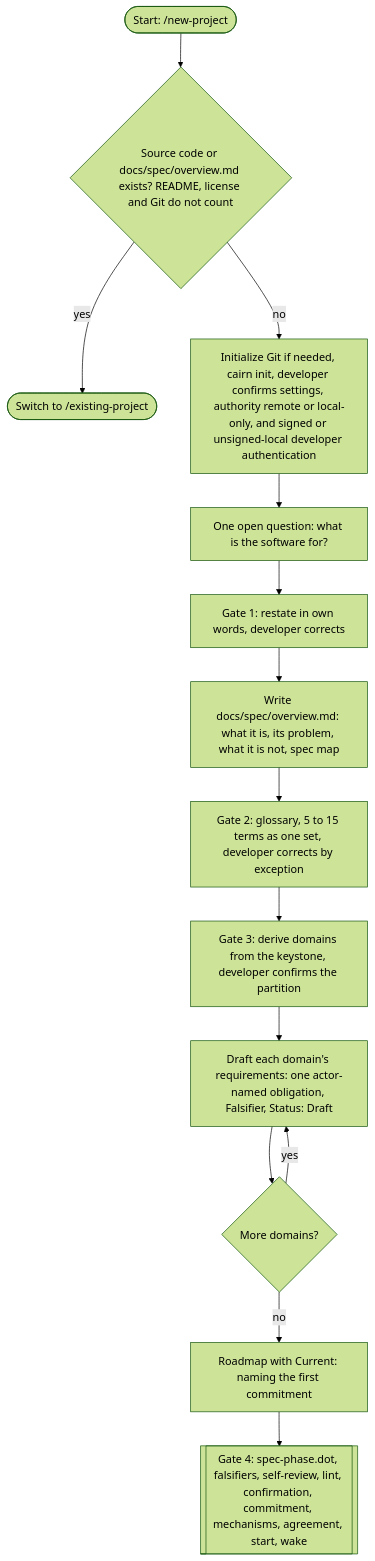
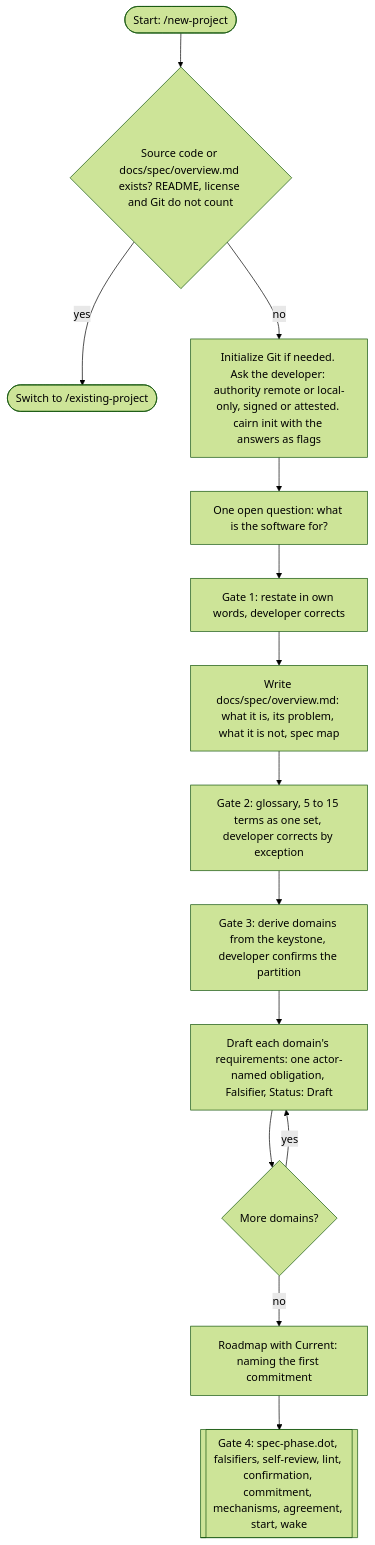
The first of 6 diagrams in docs/manual.md (eas4ai/cairn), drawn with Mermaid (forest theme) before and after one commit. The commit also changed other lines of this file and 14 other files, not shown here.

Commit message:
Docs, template, skills and diagrams: the agent asks in conversation and records the developer's words; changelog 2.1.0

````diff
--- a/docs/manual.md
+++ b/docs/manual.md
@@ -88,30 +88,30 @@
 ```mermaid
 flowchart TB
   start(["Start: /new-project"])
   exists{"Source code or docs/spec/overview.md exists? README, license and Git do not count"}
   switch(["Switch to /existing-project"])
-  init["Initialize Git if needed, cairn init, developer confirms settings, authority remote or local-only, and signed or unsigned-local developer authentication"]
+  init["Initialize Git if needed. Ask the developer: authority remote or local-only, signed or attested. cairn init with the answers as flags"]
   ask["One open question: what is the software for?"]
   restate["Gate 1: restate in own words, developer corrects"]
   keystone["Write docs/spec/overview.md: what it is, its problem, what it is not, spec map"]
   glossary["Gate 2: glossary, 5 to 15 terms as one set, developer corrects by exception"]
   partition["Gate 3: derive domains from the keystone, developer confirms the partition"]
   draft["Draft each domain's requirements: one actor-named obligation, Falsifier, Status: Draft"]
   more{"More domains?"}
   roadmap["Roadmap with Current: naming the first commitment"]
   tail[["Gate 4: spec-phase.dot, falsifiers, self-review, lint, confirmation, commitment, mechanisms, agreement, start, wake"]]
 
   start --> exists
   exists -->|"yes"| switch
   exists -->|"no"| init
   init --> ask
   ask --> restate
   restate --> keystone
   keystone --> glossary
   glossary --> partition
   partition --> draft
   draft --> more
   more -->|"yes"| draft
   more -->|"no"| roadmap
   roadmap --> tail
 ```
````
